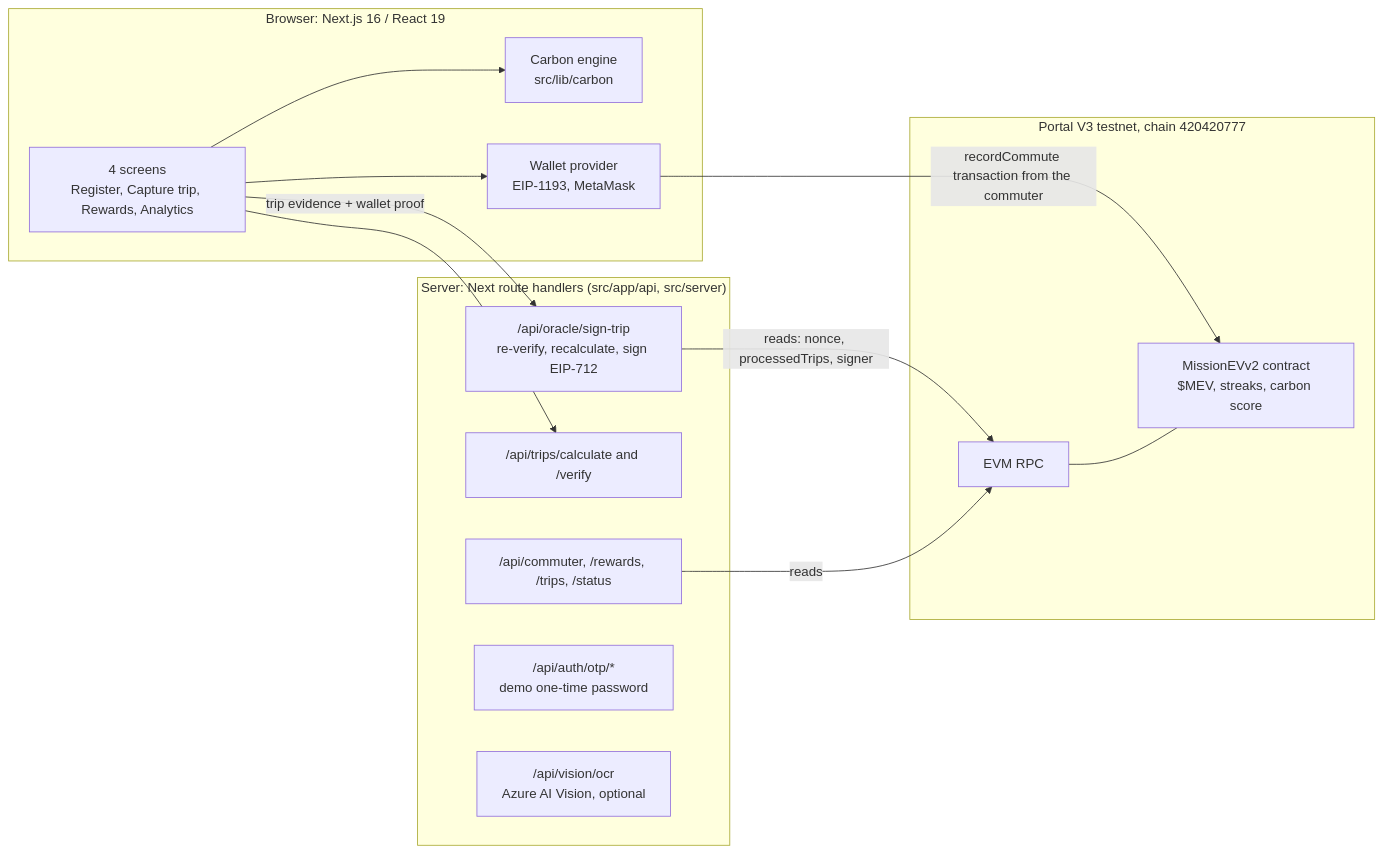
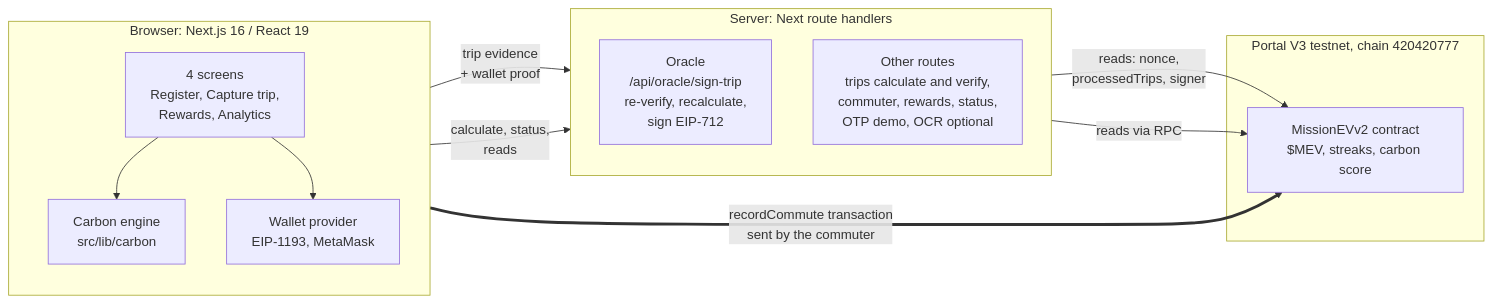
One commit to ManavNegi2807/missionev-app changed the first of 2 diagrams in docs/ARCHITECTURE.md. Above: the diagram before and after it, drawn with Mermaid. The commit also changed other lines of this file, not shown here.

Commit message:
Make the architecture diagrams readable
Rendered every Mermaid diagram in the repo with the Mermaid CLI. All were valid, but the system
diagram had crossing edges and overlapping labels, and one label in the sequence diagram ran off
the right edge. The system diagram now has fewer nodes and a thick arrow showing that the
commuter's own wallet, not the server, sends the transaction; the long label is shortened.

````diff
--- a/docs/ARCHITECTURE.md
+++ b/docs/ARCHITECTURE.md
@@ -6,27 +6,24 @@
 ```mermaid
 flowchart LR
   subgraph Browser["Browser: Next.js 16 / React 19"]
-    UI["4 screens<br/>Register, Capture trip, Rewards, Analytics"]
+    direction TB
+    UI["4 screens<br/>Register, Capture trip,<br/>Rewards, Analytics"]
     ENG["Carbon engine<br/>src/lib/carbon"]
     WAL["Wallet provider<br/>EIP-1193, MetaMask"]
+    UI --> ENG
+    UI --> WAL
   end
-  subgraph Server["Server: Next route handlers (src/app/api, src/server)"]
-    ORA["/api/oracle/sign-trip<br/>re-verify, recalculate, sign EIP-712"]
-    CALC["/api/trips/calculate and /verify"]
-    READ["/api/commuter, /rewards, /trips, /status"]
-    OTP["/api/auth/otp/*<br/>demo one-time password"]
-    OCR["/api/vision/ocr<br/>Azure AI Vision, optional"]
+  subgraph Server["Server: Next route handlers"]
+    direction TB
+    ORA["Oracle<br/>/api/oracle/sign-trip<br/>re-verify, recalculate,<br/>sign EIP-712"]
+    API["Other routes<br/>trips calculate and verify,<br/>commuter, rewards, status,<br/>OTP demo, OCR optional"]
   end
   subgraph Chain["Portal V3 testnet, chain 420420777"]
-    RPC["EVM RPC"]
     SC["MissionEVv2 contract<br/>$MEV, streaks, carbon score"]
   end
-  UI --> ENG
-  UI --> WAL
-  UI -->|"trip evidence + wallet proof"| ORA
-  UI --> CALC
-  ORA -->|"reads: nonce, processedTrips, signer"| RPC
-  READ -->|"reads"| RPC
-  WAL -->|"recordCommute transaction from the commuter"| SC
-  RPC --- SC
+  UI -->|"trip evidence<br/>+ wallet proof"| ORA
+  UI -->|"calculate, status,<br/>reads"| API
+  ORA -->|"reads: nonce,<br/>processedTrips, signer"| SC
+  API -->|"reads via RPC"| SC
+  WAL ==>|"recordCommute transaction<br/>sent by the commuter"| SC
 ```
````
